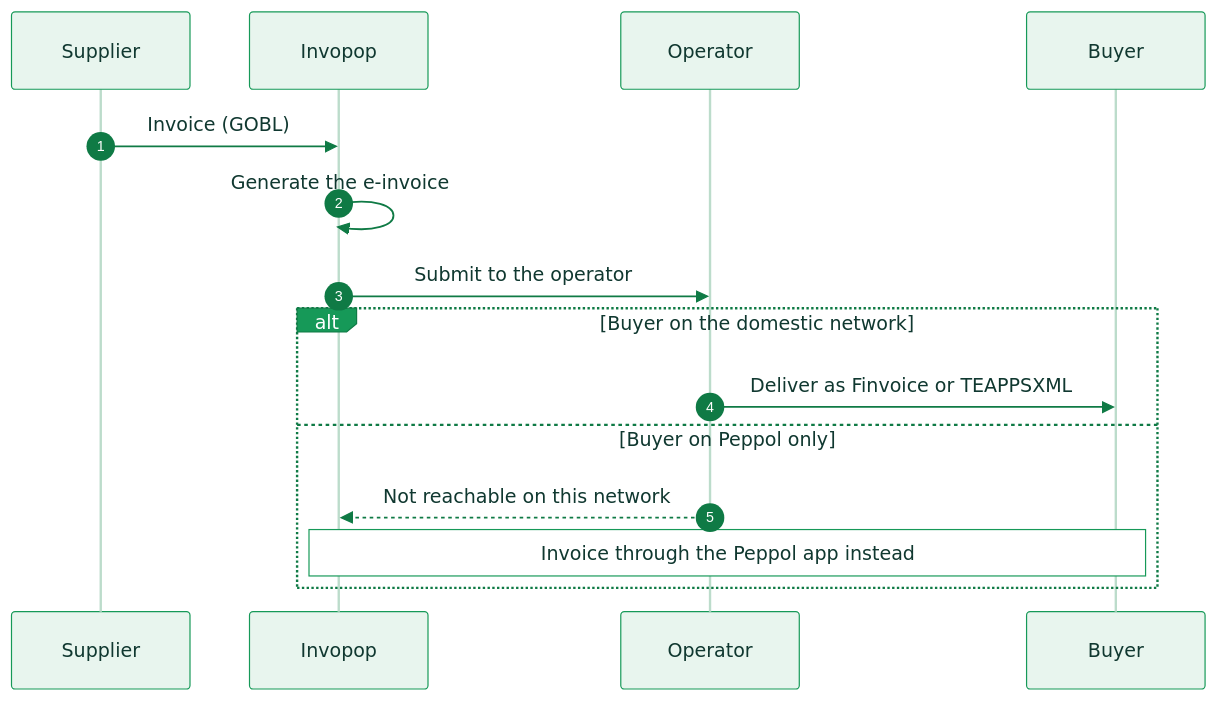
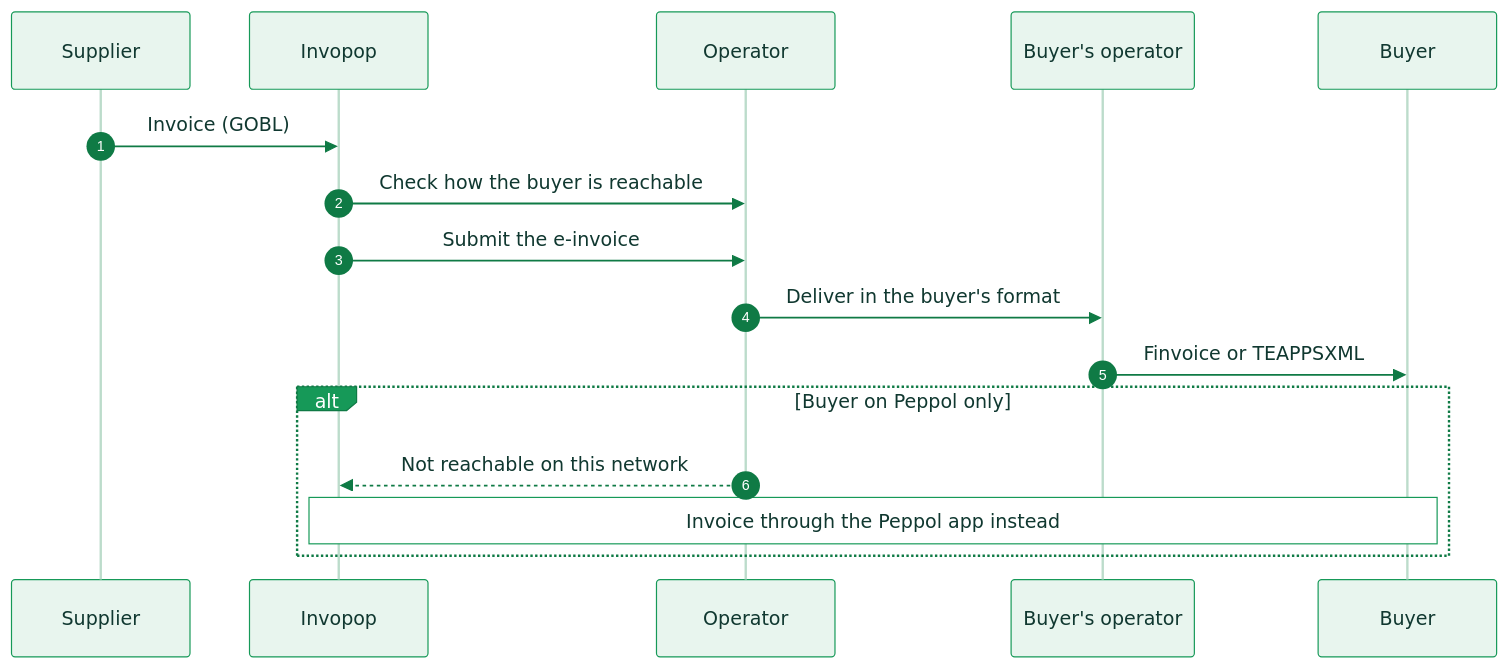
The diagram in compliance/finland.mdx (invopop/docs.invopop.com), drawn with Mermaid before and after one commit. The commit also changed other lines of this file and 4 other files, not shown here.

First line of the commit message:
Correct the Finland compliance page and timeline (#627)

````diff
--- a/compliance/finland.mdx
+++ b/compliance/finland.mdx
@@ -41,18 +43,19 @@
 ```mermaid actions={false}
 %%{init: {'theme':'base','themeVariables':{'actorBkg':'#e8f5ee','actorBorder':'#169958','actorTextColor':'#103830','actorLineColor':'#bcdccb','signalColor':'#0f7a45','signalTextColor':'#103830','noteBkgColor':'#ffffff','noteBorderColor':'#169958','noteTextColor':'#103830','labelBoxBkgColor':'#169958','labelBoxBorderColor':'#0f7a45','labelTextColor':'#ffffff','sequenceNumberColor':'#ffffff'}}}%%
 sequenceDiagram
     autonumber
     participant S as Supplier
     participant IV as Invopop
     participant AX as Operator
+    participant RO as Buyer's operator
     participant B as Buyer
     S->>IV: Invoice (GOBL)
-    IV->>IV: Generate the e-invoice
-    IV->>AX: Submit to the operator
-    alt Buyer on the domestic network
-        AX->>B: Deliver as Finvoice or TEAPPSXML
-    else Buyer on Peppol only
+    IV->>AX: Check how the buyer is reachable
+    IV->>AX: Submit the e-invoice
+    AX->>RO: Deliver in the buyer's format
+    RO->>B: Finvoice or TEAPPSXML
+    alt Buyer on Peppol only
         AX-->>IV: Not reachable on this network
         Note over IV,B: Invoice through the Peppol app instead
     end
 ```
````
